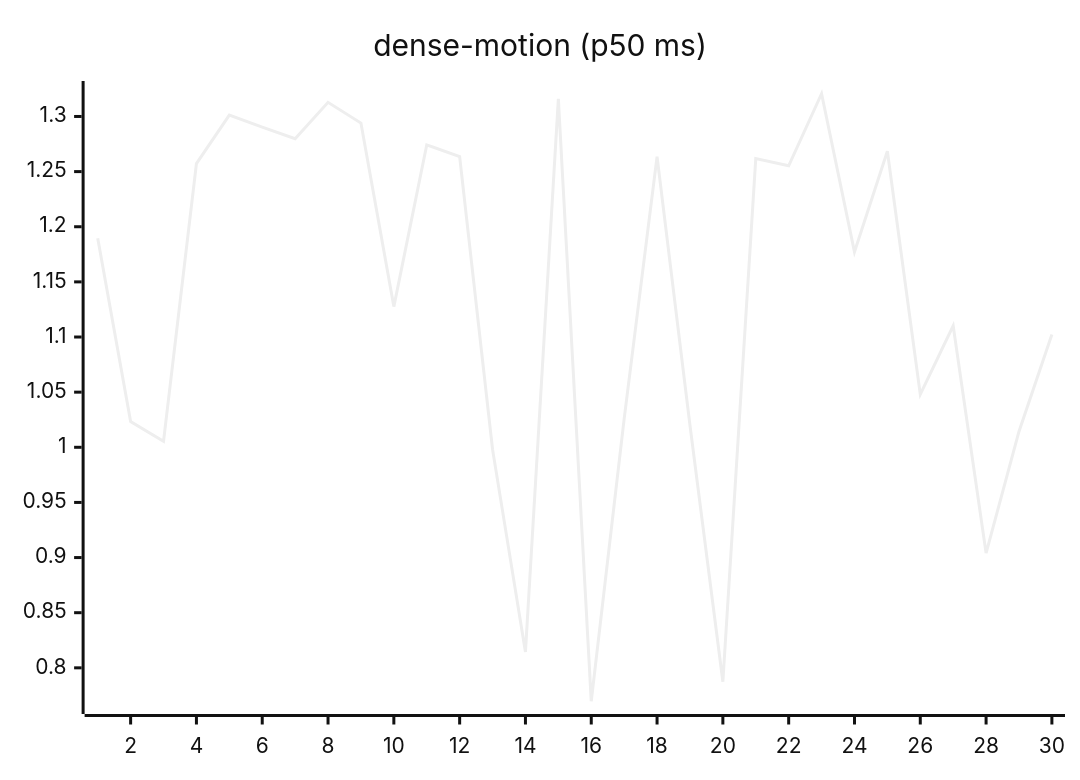
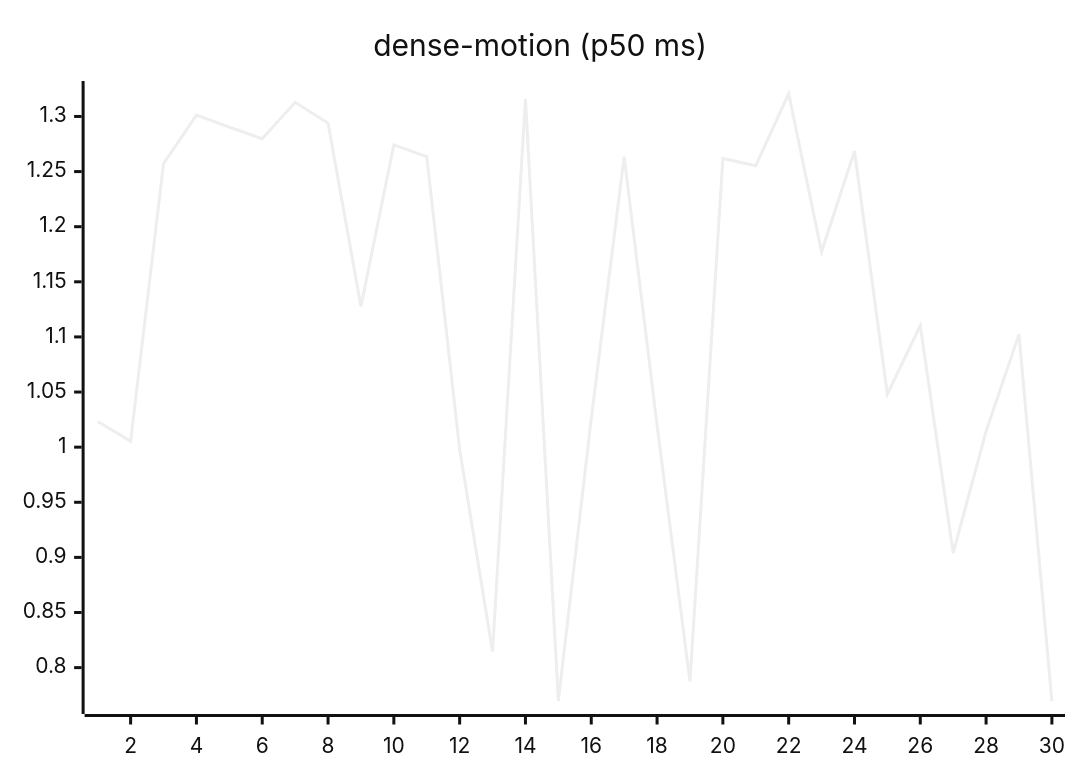
Before and after one commit to josha/Facet: the ninth of 27 diagrams in README.md, drawn with Mermaid (neutral theme). The commit also changed other lines of this file and 2 other files, not shown here.

````diff
--- a/README.md
+++ b/README.md
@@ -119,6 +119,6 @@
 ```mermaid
 xychart-beta
     title "dense-motion (p50 ms)"
     x-axis 1 --> 30
-    line [1.1895, 1.0233, 1.0054, 1.2572, 1.3012, 1.2904, 1.2798, 1.3128, 1.2940, 1.1276, 1.2742, 1.2636, 0.9981, 0.8144, 1.3160, 0.7697, 1.0258, 1.2636, 1.0200, 0.7874, 1.2619, 1.2553, 1.3206, 1.1772, 1.2685, 1.0480, 1.1102, 0.9040, 1.0144, 1.1023]
+    line [1.0233, 1.0054, 1.2572, 1.3012, 1.2904, 1.2798, 1.3128, 1.2940, 1.1276, 1.2742, 1.2636, 0.9981, 0.8144, 1.3160, 0.7697, 1.0258, 1.2636, 1.0200, 0.7874, 1.2619, 1.2553, 1.3206, 1.1772, 1.2685, 1.0480, 1.1102, 0.9040, 1.0144, 1.1023, 0.7695]
 ```
````
